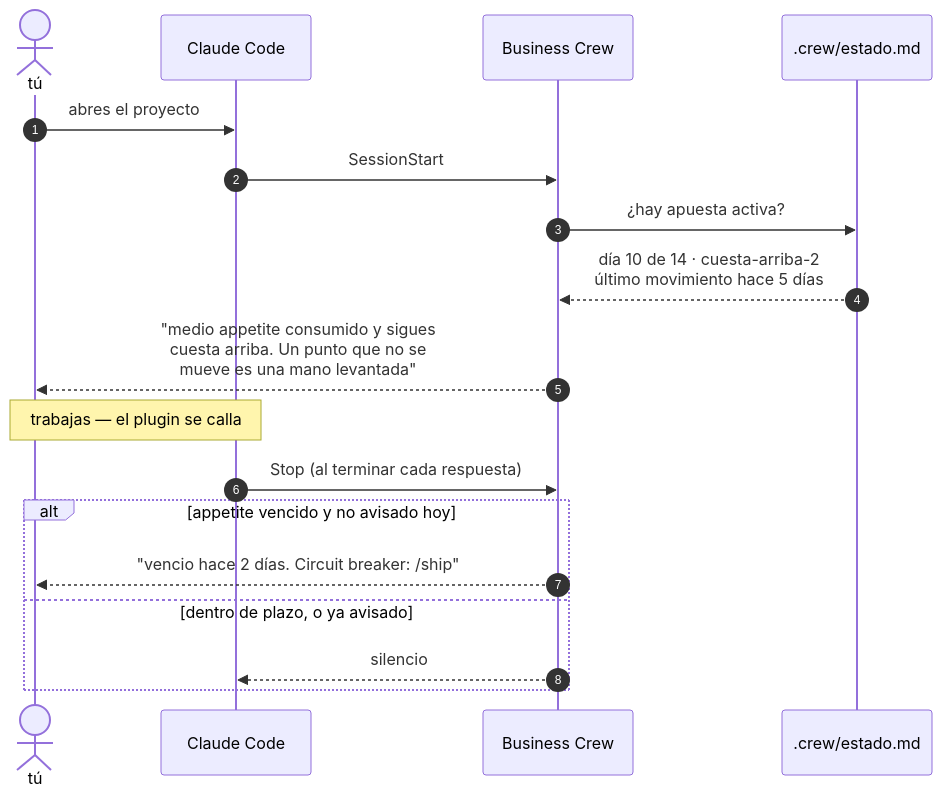
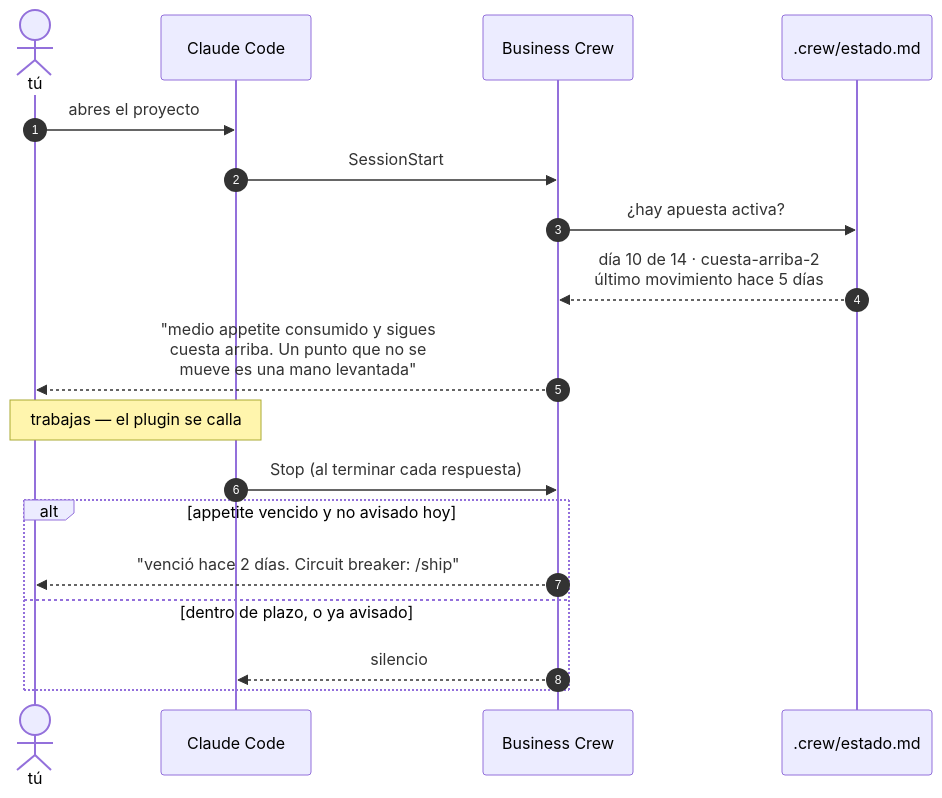
One commit to fernando-delrio/business-crew changed the second of 3 diagrams in README.md. Above: the diagram before and after it, drawn with Mermaid. The commit also changed other lines of this file, not shown here.

````diff
--- a/README.md
+++ b/README.md
@@ -65,23 +77,23 @@
 ```mermaid
 sequenceDiagram
     autonumber
     actor Tu as tú
     participant CC as Claude Code
     participant BC as Business Crew
     participant ST as .crew/estado.md
 
     Tu->>CC: abres el proyecto
     CC->>BC: SessionStart
     BC->>ST: ¿hay apuesta activa?
     ST-->>BC: día 10 de 14 · cuesta-arriba-2<br/>último movimiento hace 5 días
     BC-->>Tu: "medio appetite consumido y sigues<br/>cuesta arriba. Un punto que no se<br/>mueve es una mano levantada"
 
     Note over Tu,CC: trabajas — el plugin se calla
 
     CC->>BC: Stop (al terminar cada respuesta)
     alt appetite vencido y no avisado hoy
-        BC-->>Tu: "vencio hace 2 días. Circuit breaker: /ship"
+        BC-->>Tu: "venció hace 2 días. Circuit breaker: /ship"
     else dentro de plazo, o ya avisado
         BC-->>CC: silencio
     end
 ```
````
